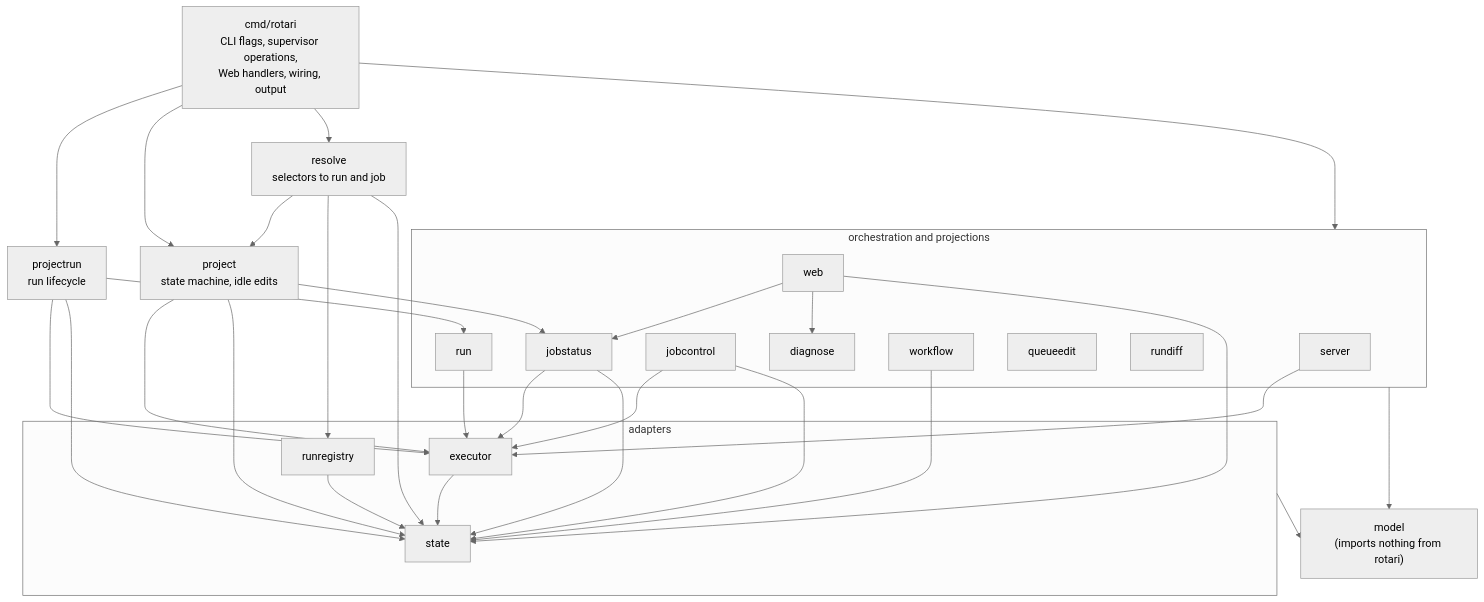
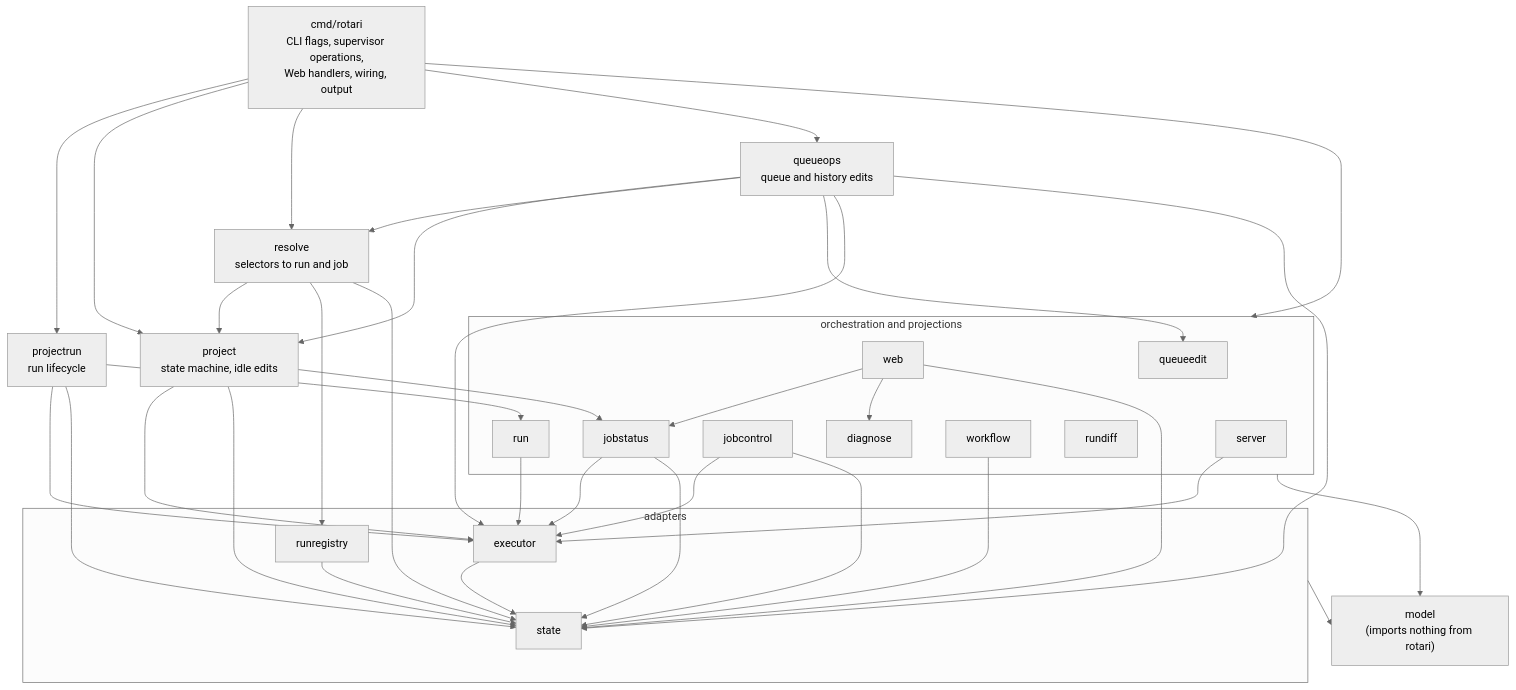
Before and after one commit to kamo-naoyuki/rotari: the second of 2 diagrams in docs/ARCHITECTURE.md, drawn with Mermaid (neutral theme). The commit also changed other lines of this file and 33 other files, not shown here.

First line of the commit message:
refactor(queueops): move shared queue edits out of cmd/rotari

````diff
--- a/docs/ARCHITECTURE.md
+++ b/docs/ARCHITECTURE.md
@@ -96,52 +96,59 @@
 ```mermaid
 flowchart TB
   cmd["cmd/rotari<br/>CLI flags, supervisor operations,<br/>Web handlers, wiring, output"]
   projectrun["projectrun<br/>run lifecycle"]
   project["project<br/>state machine, idle edits"]
   resolve["resolve<br/>selectors to run and job"]
+  queueops["queueops<br/>queue and history edits"]
   subgraph l2["orchestration and projections"]
     server
     run
     jobcontrol
     web
     jobstatus
     workflow
     queueedit
     rundiff
     diagnose
   end
   subgraph l1["adapters"]
     executor
     state
     runregistry
   end
   model["model<br/>(imports nothing from rotari)"]
 
   cmd --> projectrun
   cmd --> project
   cmd --> resolve
+  cmd --> queueops
+  queueops --> project
+  queueops --> resolve
+  queueops --> queueedit
+  queueops --> executor
+  queueops --> state
   resolve --> project
   resolve --> runregistry
   resolve --> state
   project --> jobstatus
   project --> executor
   project --> state
   cmd --> l2
   projectrun --> run
   projectrun --> executor
   projectrun --> state
   server --> executor
   run --> executor
   jobcontrol --> executor
   jobcontrol --> state
   web --> jobstatus
   web --> diagnose
   web --> state
   jobstatus --> executor
   jobstatus --> state
   workflow --> state
   executor --> state
   runregistry --> state
   l1 --> model
   l2 --> model
 ```
````
